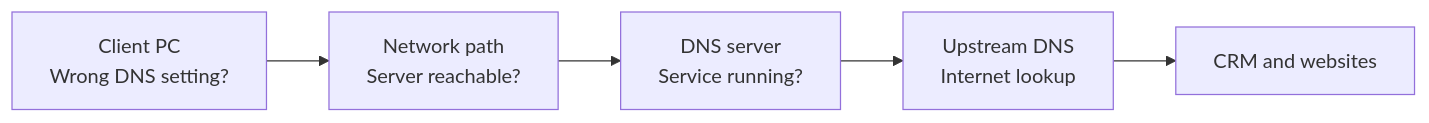
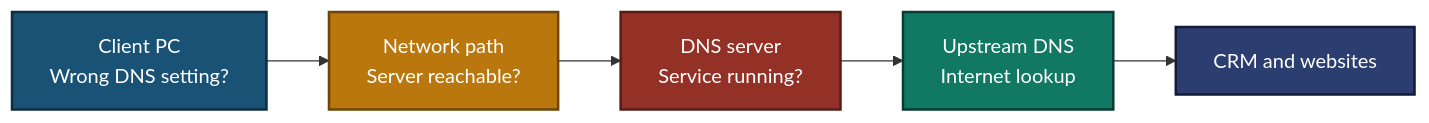
One commit to malaika-azhar/Customer-Tech-Support-Portfolio changed the third of 5 diagrams in 02-Ticket-simulations/02.1-DNS-Ticket.md. Above: the diagram before and after it, drawn with Mermaid. The commit also changed other lines of this file, not shown here.

````diff
--- a/02-Ticket-simulations/02.1-DNS-Ticket.md
+++ b/02-Ticket-simulations/02.1-DNS-Ticket.md
@@ -232,4 +250,14 @@
 ```mermaid
 flowchart LR
     A["Client PC<br>Wrong DNS setting?"] --> B["Network path<br>Server reachable?"] --> C["DNS server<br>Service running?"] --> D["Upstream DNS<br>Internet lookup"] --> E["CRM and websites"]
+    classDef blue fill:#1A5276,stroke:#0B2E43,stroke-width:2px,color:#FFFFFF;
+    classDef orange fill:#B9770E,stroke:#6E4409,stroke-width:2px,color:#FFFFFF;
+    classDef red fill:#943126,stroke:#571C16,stroke-width:2px,color:#FFFFFF;
+    classDef green fill:#117864,stroke:#083D33,stroke-width:2px,color:#FFFFFF;
+    classDef navy fill:#2C3E70,stroke:#131B3A,stroke-width:2px,color:#FFFFFF;
+    class A blue;
+    class B orange;
+    class C red;
+    class D green;
+    class E navy;
 ```
````
